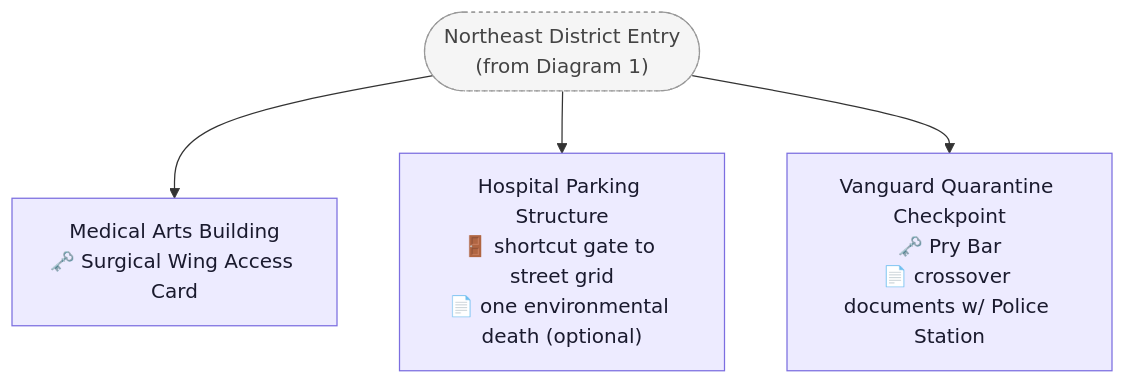
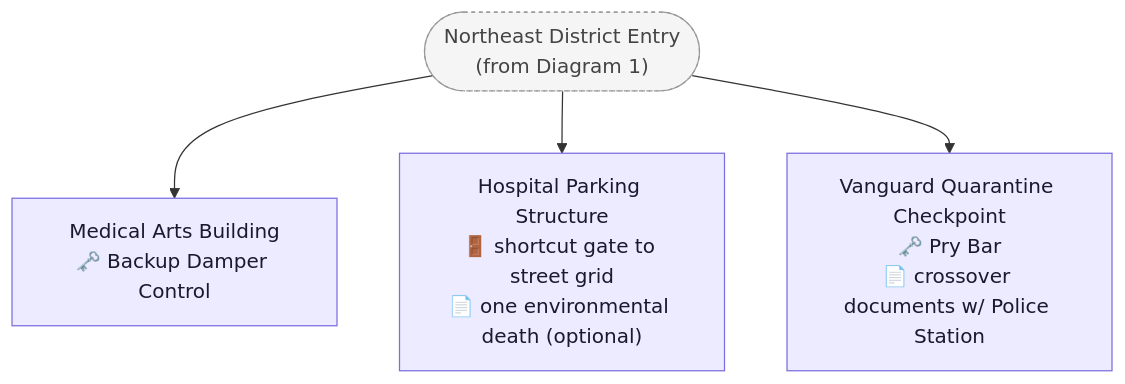
One commit to GIToez/Deadlock-Design changed the sixth of 6 diagrams in DESIGN/Locations/Hospital.md. Above: the diagram before and after it, drawn with Mermaid. The commit also changed other lines of this file and 8 other files, not shown here.

````diff
--- a/DESIGN/Locations/Hospital.md
+++ b/DESIGN/Locations/Hospital.md
@@ -515,17 +520,17 @@
 ```mermaid
 flowchart TD
     ENTRYREF(["Northeast District Entry<br/>(from Diagram 1)"])
-    ARTS["Medical Arts Building<br/>🗝️ Surgical Wing Access Card"]
+    ARTS["Medical Arts Building<br/>🗝️ Backup Damper Control"]
     PARKING["Hospital Parking Structure<br/>🚪 shortcut gate to street grid<br/>📄 one environmental death (optional)"]
     CHECKPOINT["Vanguard Quarantine Checkpoint<br/>🗝️ Pry Bar<br/>📄 crossover documents w/ Police Station"]
 
     ENTRYREF --> ARTS
     ENTRYREF --> PARKING
     ENTRYREF --> CHECKPOINT
 
     classDef room fill:#EDEBFF,stroke:#7C6EE0,color:#1a1a2e
     classDef exterior fill:#E3F0FF,stroke:#4A76C9,color:#0d1f3a
     classDef ref fill:#F5F5F5,stroke:#999999,color:#444444,stroke-dasharray:3 3
     class ENTRYREF ref
     class ARTS,PARKING,CHECKPOINT room
 ```
````
